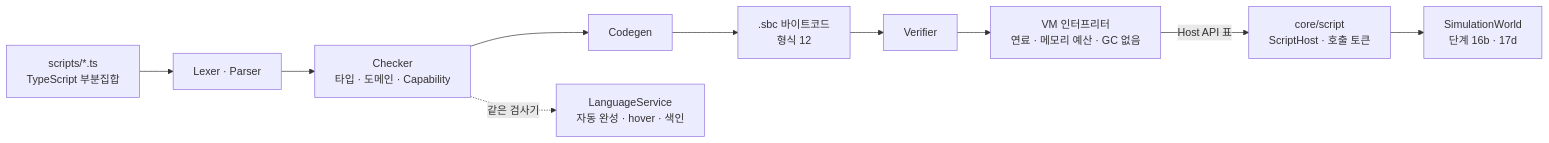
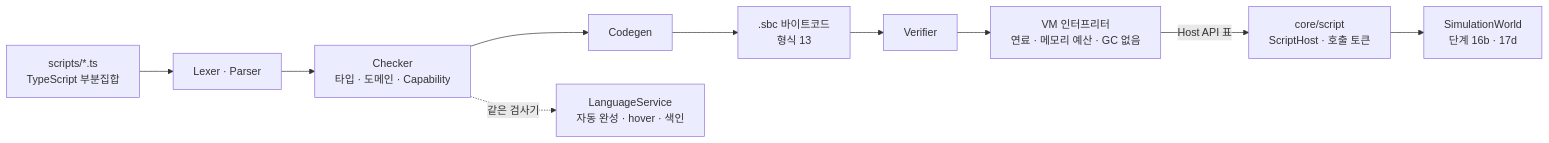
The third of 4 diagrams in docs/overview/MODULES.md (blackvrice/Sandbox), drawn with Mermaid before and after one commit. The commit also changed 43 other files, not shown here.

````diff
--- a/docs/overview/MODULES.md
+++ b/docs/overview/MODULES.md
@@ -109,10 +109,10 @@
 ```mermaid
 graph LR
   TS[scripts/*.ts<br/>TypeScript 부분집합] --> Lex[Lexer · Parser]
   Lex --> Chk[Checker<br/>타입 · 도메인 · Capability]
-  Chk --> Gen[Codegen] --> Sbc[.sbc 바이트코드<br/>형식 12]
+  Chk --> Gen[Codegen] --> Sbc[.sbc 바이트코드<br/>형식 13]
   Sbc --> Ver[Verifier] --> VM[VM 인터프리터<br/>연료 · 메모리 예산 · GC 없음]
   VM -- Host API 표 --> Host[core/script<br/>ScriptHost · 호출 토큰]
   Host --> World[SimulationWorld<br/>단계 16b · 17d]
   Chk -. 같은 검사기 .-> LS[LanguageService<br/>자동 완성 · hover · 색인]
 ```
````
